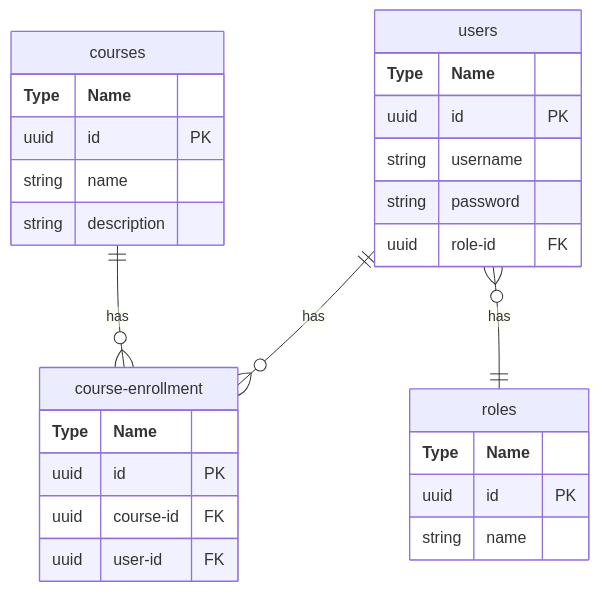
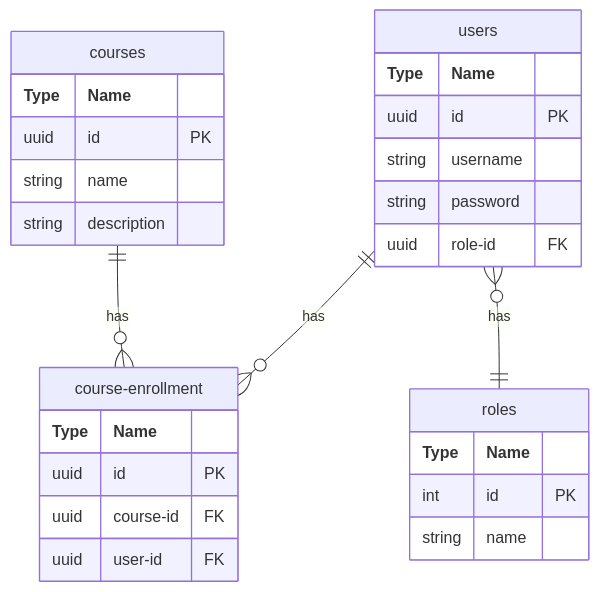
The diagram in README.md (SamDalmon/Project-2-LMS), drawn with Mermaid before and after one commit.

Commit message:
Fix data type for role ID in database structure documentation

````diff
--- a/README.md
+++ b/README.md
@@ -9,35 +9,35 @@
 ```mermaid
   erDiagram
     courses ||--o{ course-enrollment : has
     users ||--o{ course-enrollment : has
     users }o--|| roles : has
 
     courses {
       **Type** **Name**
       uuid id PK
       string name
       string description
     }
 
     course-enrollment {
       **Type** **Name**
       uuid id PK
       uuid course-id FK
       uuid user-id FK
     }
     
     users {
       **Type** **Name**
       uuid id PK
       string username
       string password
      uuid role-id FK
     }
 
     roles {
       **Type** **Name**
-      uuid id PK
+      int id PK
       string name
     }
     
 ```
````
